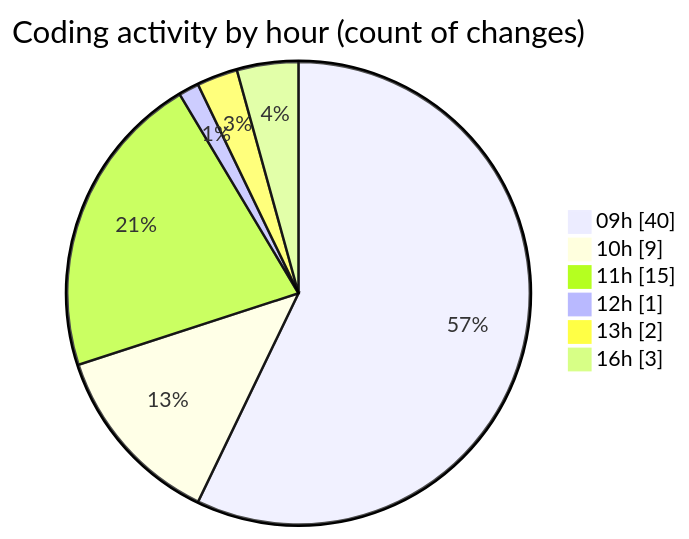
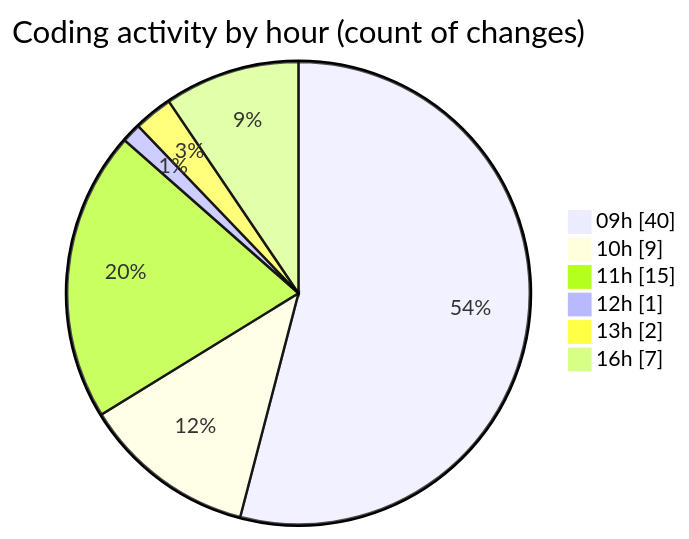
One commit to momahboobian/code-tracking changed the second of 2 diagrams in 2026-06-15/cda/README.md. Above: the diagram before and after it, drawn with Mermaid. The commit also changed other lines of this file and 1 other file, not shown here.

````diff
--- a/2026-06-15/cda/README.md
+++ b/2026-06-15/cda/README.md
@@ -75,10 +75,10 @@
 ```mermaid
 pie showData
 title Coding activity by hour (count of changes)
 "09h" : 40
 "10h" : 9
 "11h" : 15
 "12h" : 1
 "13h" : 2
-"16h" : 3
+"16h" : 7
 ```
````
